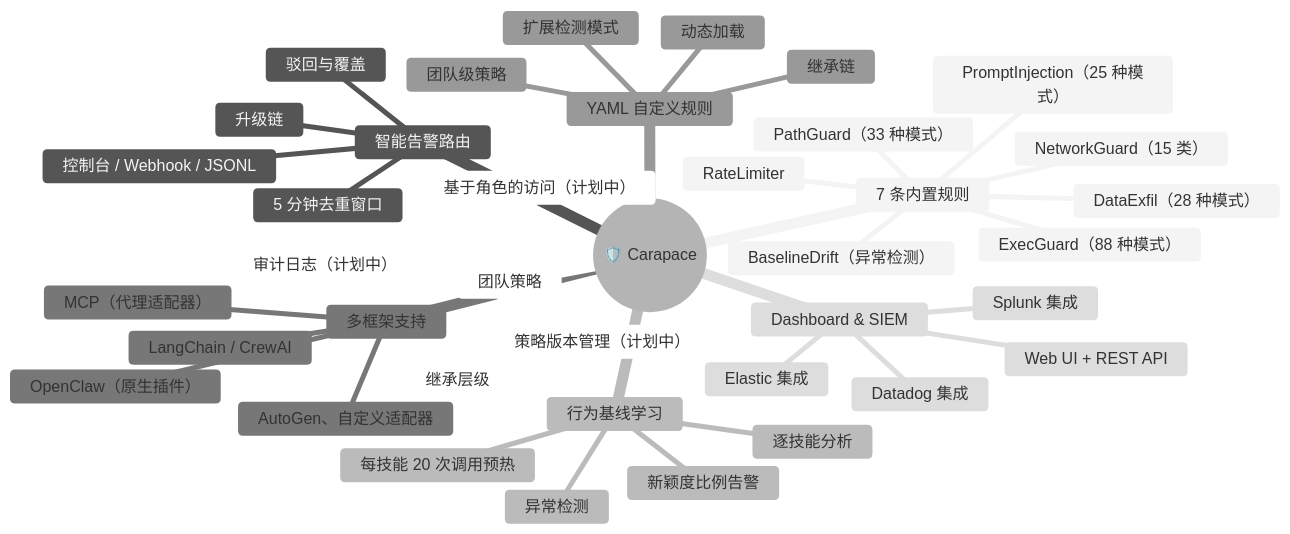
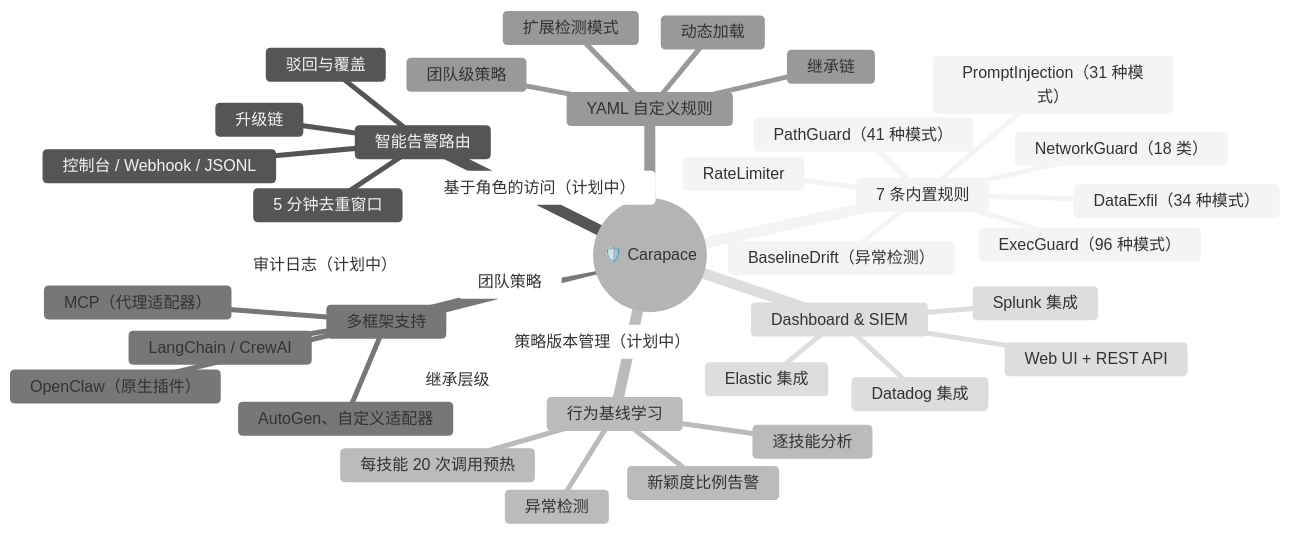
The first of 4 diagrams in README.zh-CN.md (yeasy/carapace), drawn with Mermaid (neutral theme) before and after one commit. The commit also changed other lines of this file and 1 other file, not shown here.

````diff
--- a/README.zh-CN.md
+++ b/README.zh-CN.md
@@ -70,42 +70,42 @@
 ```mermaid
 mindmap
   root((🛡️ Carapace))
     7 条内置规则
-      ExecGuard（88 种模式）
-      PathGuard（33 种模式）
-      NetworkGuard（15 类）
+      ExecGuard（96 种模式）
+      PathGuard（41 种模式）
+      NetworkGuard（18 类）
       RateLimiter
-      PromptInjection（25 种模式）
-      DataExfil（28 种模式）
+      PromptInjection（31 种模式）
+      DataExfil（34 种模式）
       BaselineDrift（异常检测）
     智能告警路由
       5 分钟去重窗口
       升级链
       驳回与覆盖
       控制台 / Webhook / JSONL
     行为基线学习
       每技能 20 次调用预热
       逐技能分析
       异常检测
       新颖度比例告警
     多框架支持
       OpenClaw（原生插件）
       MCP（代理适配器）
       LangChain / CrewAI
       AutoGen、自定义适配器
     YAML 自定义规则
       扩展检测模式
       团队级策略
       继承链
       动态加载
     Dashboard & SIEM
       Web UI + REST API
       Splunk 集成
       Elastic 集成
       Datadog 集成
     团队策略
       继承层级
       基于角色的访问（计划中）
       策略版本管理（计划中）
       审计日志（计划中）
 ```
````
